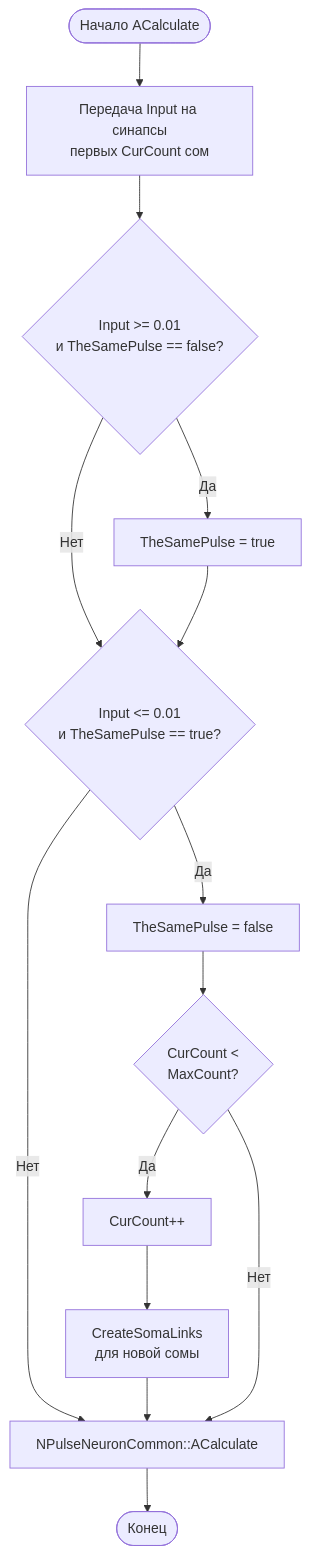
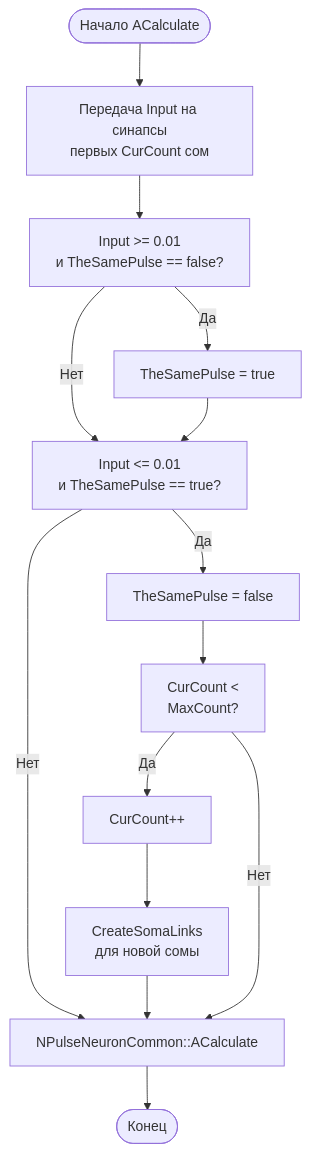
One commit to aicommunity/Nmsdk-MotionControlLib changed the fourth of 5 diagrams in Docs/Components/NCounterNeuron.md. Above: the diagram before and after it, drawn with Mermaid. The commit also changed other lines of this file and 39 other files, not shown here.

First line of the commit message:
docs(motion): normalize mermaid node ids with quoted labels

````diff
--- a/Docs/Components/NCounterNeuron.md
+++ b/Docs/Components/NCounterNeuron.md
@@ -103,16 +103,16 @@
 ```mermaid
 flowchart TD
-    Start([Начало ACalculate]) --> TransferInput[Передача Input на синапсы<br/>первых CurCount сом]
-    TransferInput --> CheckPulse{Input >= 0.01<br/>и TheSamePulse == false?}
+    Start([Начало ACalculate]) --> TransferInput["Передача Input на синапсы<br/>первых CurCount сом"]
+    TransferInput --> CheckPulse["Input >= 0.01<br/>и TheSamePulse == false?"]
     CheckPulse -->|Да| SetPulseStart[TheSamePulse = true]
     CheckPulse -->|Нет| CheckPulseEnd
-    SetPulseStart --> CheckPulseEnd{Input <= 0.01<br/>и TheSamePulse == true?}
+    SetPulseStart --> CheckPulseEnd["Input <= 0.01<br/>и TheSamePulse == true?"]
     CheckPulseEnd -->|Да| SetPulseEnd[TheSamePulse = false]
     CheckPulseEnd -->|Нет| CallBase
-    SetPulseEnd --> CheckCount{CurCount <<br/>MaxCount?}
+    SetPulseEnd --> CheckCount["CurCount <<br/>MaxCount?"]
     CheckCount -->|Да| IncrementCount[CurCount++]
-    IncrementCount --> CreateLinks[CreateSomaLinks<br/>для новой сомы]
+    IncrementCount --> CreateLinks["CreateSomaLinks<br/>для новой сомы"]
     CreateLinks --> CallBase[NPulseNeuronCommon::ACalculate]
     CheckCount -->|Нет| CallBase
     CallBase --> End([Конец])
 ```
````
